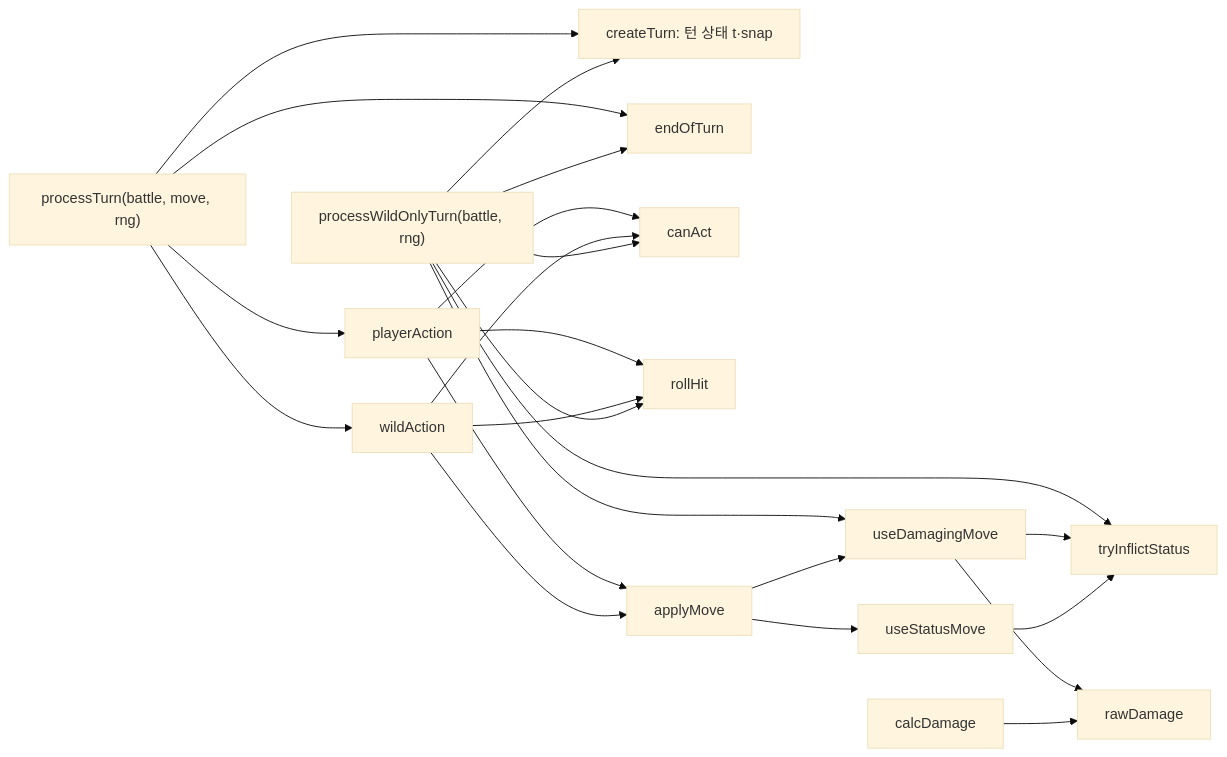
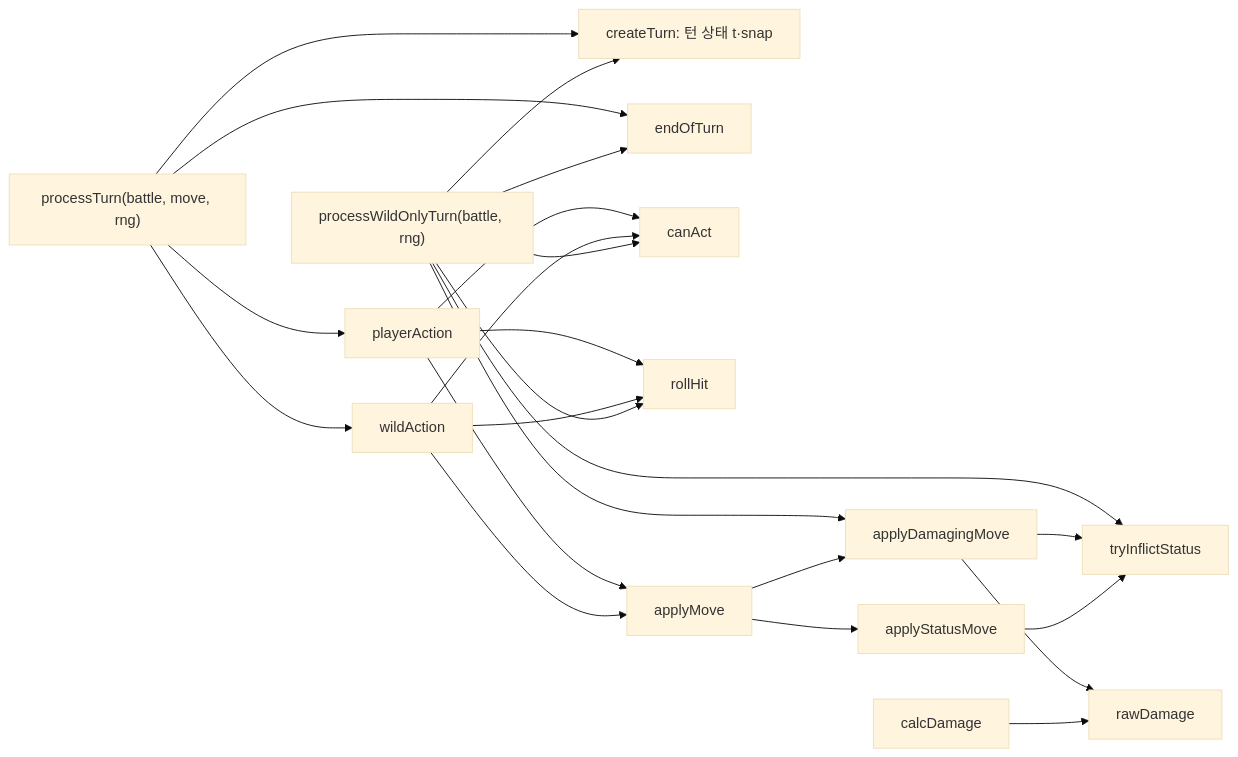
The third of 4 diagrams in docs/구현도.md (ESeungJun/poketmon_idle), drawn with Mermaid (base theme) before and after one commit. The commit also changed other lines of this file and 2 other files, not shown here.

Commit message:
refactor(battle): 훅이 아닌 기술 처리 함수 이름에서 use 접두 빼기 (#69) (#70)
useDamagingMove·useStatusMove는 React 훅이 아닌데 use로 시작해
훅 규칙 린트나 읽는 사람이 훅으로 착각할 수 있었어요. 둘을 나눠
부르는 applyMove와 짝을 맞춰 applyDamagingMove·applyStatusMove로
바꾸고, 부르는 곳과 docs의 구현도·리팩토링 기록도 같이 고쳤어요.
동작 변화는 없어요(테스트 105개·특성 스냅샷 그대로).

Claude-Session: https://claude.ai/code/session_01AH2xhguCbFwaA4GnvJXNqp

````diff
--- a/docs/구현도.md
+++ b/docs/구현도.md
@@ -91,12 +91,12 @@
 ```mermaid
 flowchart LR
   PT["processTurn(battle, move, rng)"] --> CT["createTurn: 턴 상태 t·snap"]
   PWO["processWildOnlyTurn(battle, rng)"] --> CT
   PT --> PA["playerAction"] & WA["wildAction"] & EOT["endOfTurn"]
   PA & WA --> CAN["canAct"] & HIT["rollHit"] & AM["applyMove"]
   PWO --> CAN & HIT & DMG & INF & EOT
-  AM --> DMG["useDamagingMove"] & SM["useStatusMove"]
+  AM --> DMG["applyDamagingMove"] & SM["applyStatusMove"]
   DMG --> RAW["rawDamage"] & INF["tryInflictStatus"]
   SM --> INF
   CD["calcDamage"] --> RAW
 ```
````
